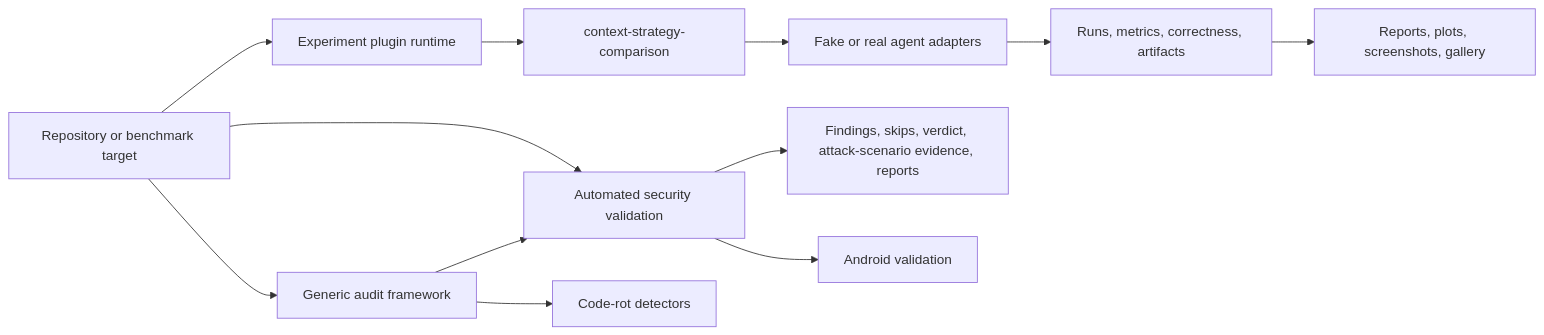
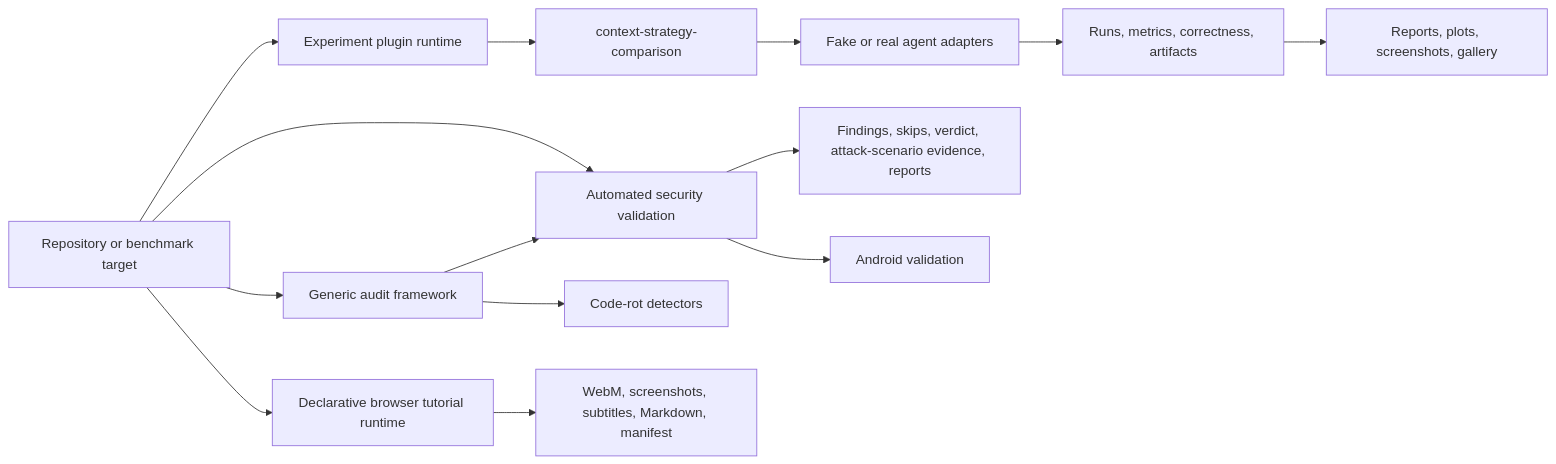
One commit to dailephd/my-dev-kit-lab changed the diagram in docs/PROJECT_OVERVIEW.md. Above: the diagram before and after it, drawn with Mermaid. The commit also changed other lines of this file and 12 other files, not shown here.

````diff
--- a/docs/PROJECT_OVERVIEW.md
+++ b/docs/PROJECT_OVERVIEW.md
@@ -39,16 +41,19 @@
 ```mermaid
 flowchart LR
   Target[Repository or benchmark target] --> Experiment[Experiment plugin runtime]
   Experiment --> Plugin[context-strategy-comparison]
   Plugin --> Agents[Fake or real agent adapters]
   Agents --> Evidence[Runs, metrics, correctness, artifacts]
   Evidence --> Reports[Reports, plots, screenshots, gallery]
 
   Target --> Security[Automated security validation]
   Security --> SecurityEvidence[Findings, skips, verdict, attack-scenario evidence, reports]
   Security --> Android[Android validation]
 
   Target --> Audit[Generic audit framework]
   Audit --> CodeRot[Code-rot detectors]
   Audit --> Security
+
+  Target --> Tutorial[Declarative browser tutorial runtime]
+  Tutorial --> TutorialEvidence[WebM, screenshots, subtitles, Markdown, manifest]
 ```
````
